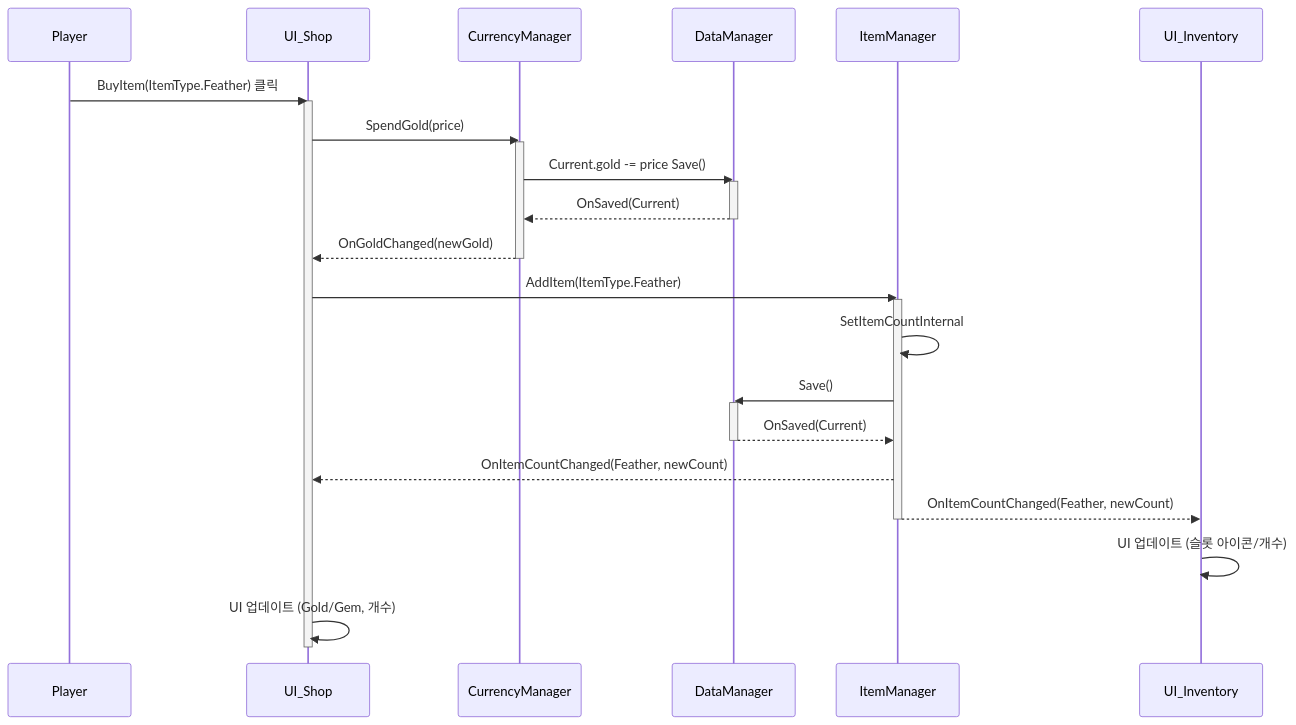
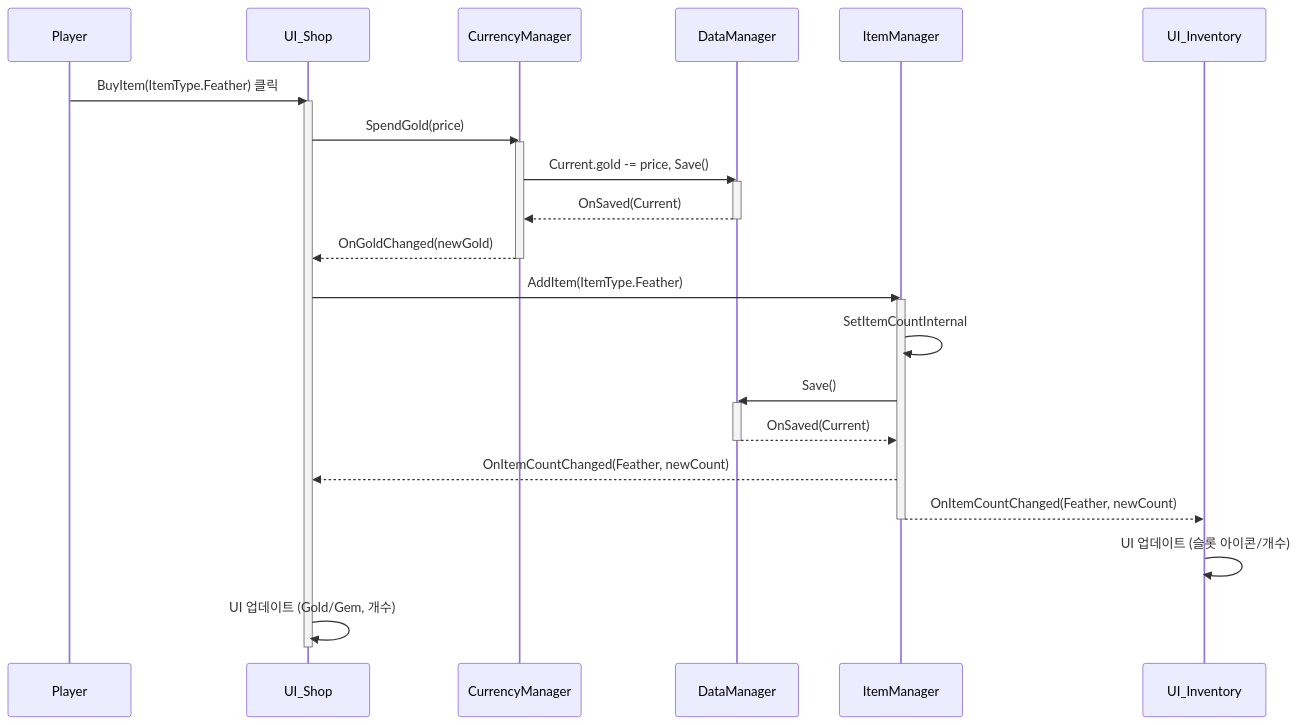
One commit to heejune1209/Just-climb- changed the first of 2 diagrams in 아이템 시퀀스 다이어그램.md. Above: the diagram before and after it, drawn with Mermaid.

Commit message:
Update 아이템 시퀀스 다이어그램.md

````diff
--- a/아이템 시퀀스 다이어그램.md
+++ b/아이템 시퀀스 다이어그램.md
@@ -4,43 +4,43 @@
 ```mermaid
 sequenceDiagram
     participant 플레이어 as Player
     participant 상점UI as UI_Shop
     participant 재화Mgr as CurrencyManager
     participant 데이터Mgr as DataManager
     participant 아이템Mgr as ItemManager
     participant 인벤토리UI as UI_Inventory
 
     플레이어->>상점UI: BuyItem(ItemType.Feather) 클릭  
     activate 상점UI
 
     상점UI->>재화Mgr: SpendGold(price)  
     activate 재화Mgr
 
-    재화Mgr->>데이터Mgr: Current.gold -= price Save()  
+    재화Mgr->>데이터Mgr: Current.gold -= price, Save()  
     activate 데이터Mgr
 
     데이터Mgr-->>재화Mgr: OnSaved(Current)  
     deactivate 데이터Mgr
 
     재화Mgr-->>상점UI: OnGoldChanged(newGold)  
     deactivate 재화Mgr
 
     상점UI->>아이템Mgr: AddItem(ItemType.Feather)  
     activate 아이템Mgr
 
     아이템Mgr->>아이템Mgr: SetItemCountInternal  
     아이템Mgr->>데이터Mgr: Save()  
     activate 데이터Mgr
 
     데이터Mgr-->>아이템Mgr: OnSaved(Current)  
     deactivate 데이터Mgr
 
     아이템Mgr-->>상점UI: OnItemCountChanged(Feather, newCount)  
     아이템Mgr-->>인벤토리UI: OnItemCountChanged(Feather, newCount)  
     deactivate 아이템Mgr
 
     인벤토리UI->>인벤토리UI: UI 업데이트 (슬롯 아이콘/개수)  
     상점UI->>상점UI: UI 업데이트 (Gold/Gem, 개수)  
     deactivate 상점UI
 
 ```
````
